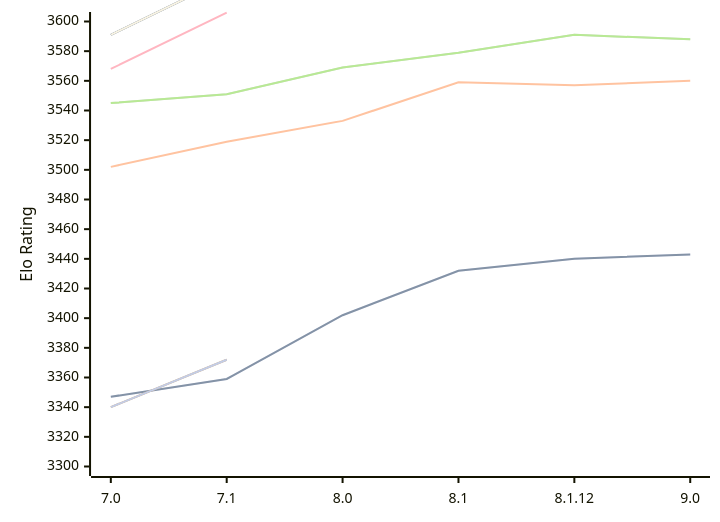
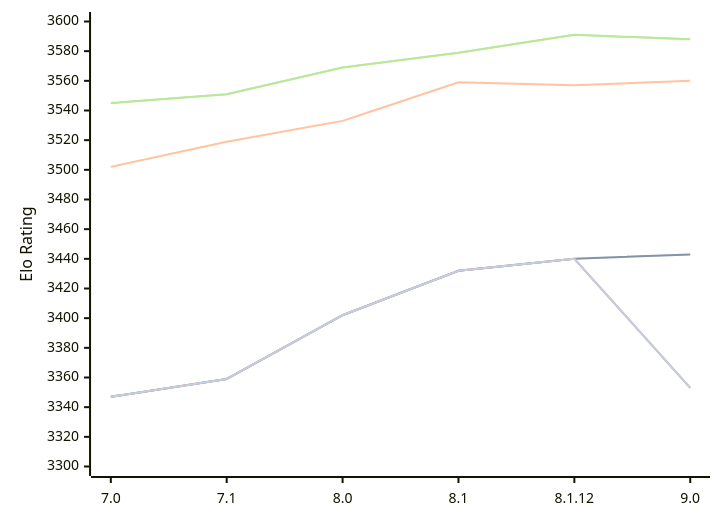
The diagram in engines/Alexandria.md (computer-chess-index/cci), drawn with Mermaid before and after one commit. The commit also changed other lines of this file, not shown here.

Commit message:
Update CCI Ratings (ELO VLTC) - 2026-10-11

````diff
--- a/engines/Alexandria.md
+++ b/engines/Alexandria.md
@@ -53,16 +53,13 @@
 ```mermaid
 %%{init: {"theme":"base","themeVariables":{"seriesColors:['#a3a3a3','#222221','#faa371']}}}%%
 xychart-beta
   x-axis ["7.0", "7.1", "8.0", "8.1", "8.1.12", "9.0"]
   y-axis "Elo Rating" 3300 --> 3600
   line "" [3347, 3359, 3402, 3432, 3440, 3443]
   line "T1: STC (8.0+0.08s)" [3347, 3359, 3402, 3432, 3440, 3443]
   line "T1: LTC (60.0+0.60s)" [3502, 3519, 3533, 3559, 3557, 3560]
   line "" [3545, 3551, 3569, 3579, 3591, 3588]
   line "T1: VLTC (2m24s+1.12s)" [3545, 3551, 3569, 3579, 3591, 3588]
-  line "" [3340, 3372]
-  line "E1: STC (8.0+0.08s)" [3340, 3372]
-  line "E1: LTC (60.0+0.60s)" [3568, 3606]
-  line "" [3591, 3629]
-  line "E1: VLTC (2m24s+1.12s)" [3591, 3629]
+  line "" [3347, 3359, 3402, 3432, 3440,3353, 3387]
+  line "E1: STC (8.0+0.08s)" [3347, 3359, 3402, 3432, 3440,3353, 3387]
 ```
````
